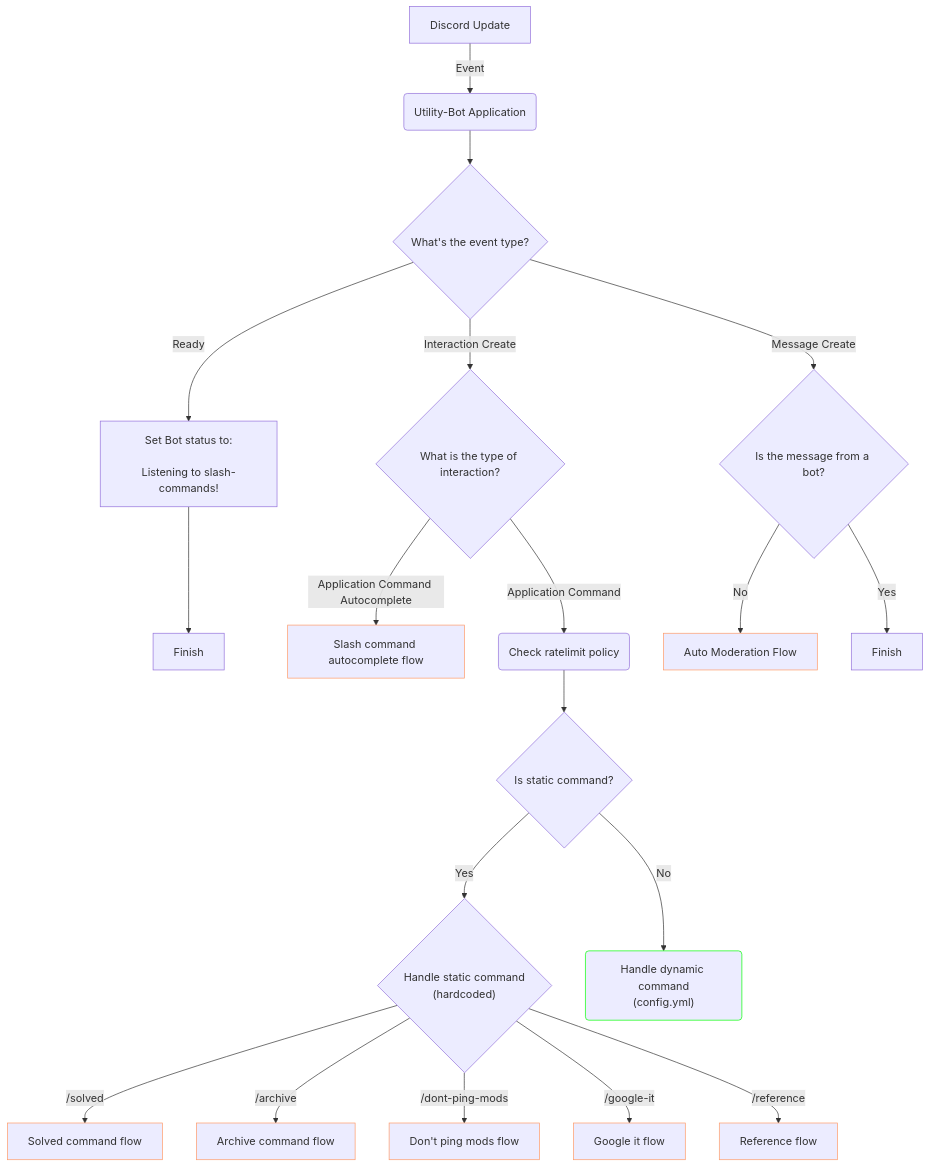
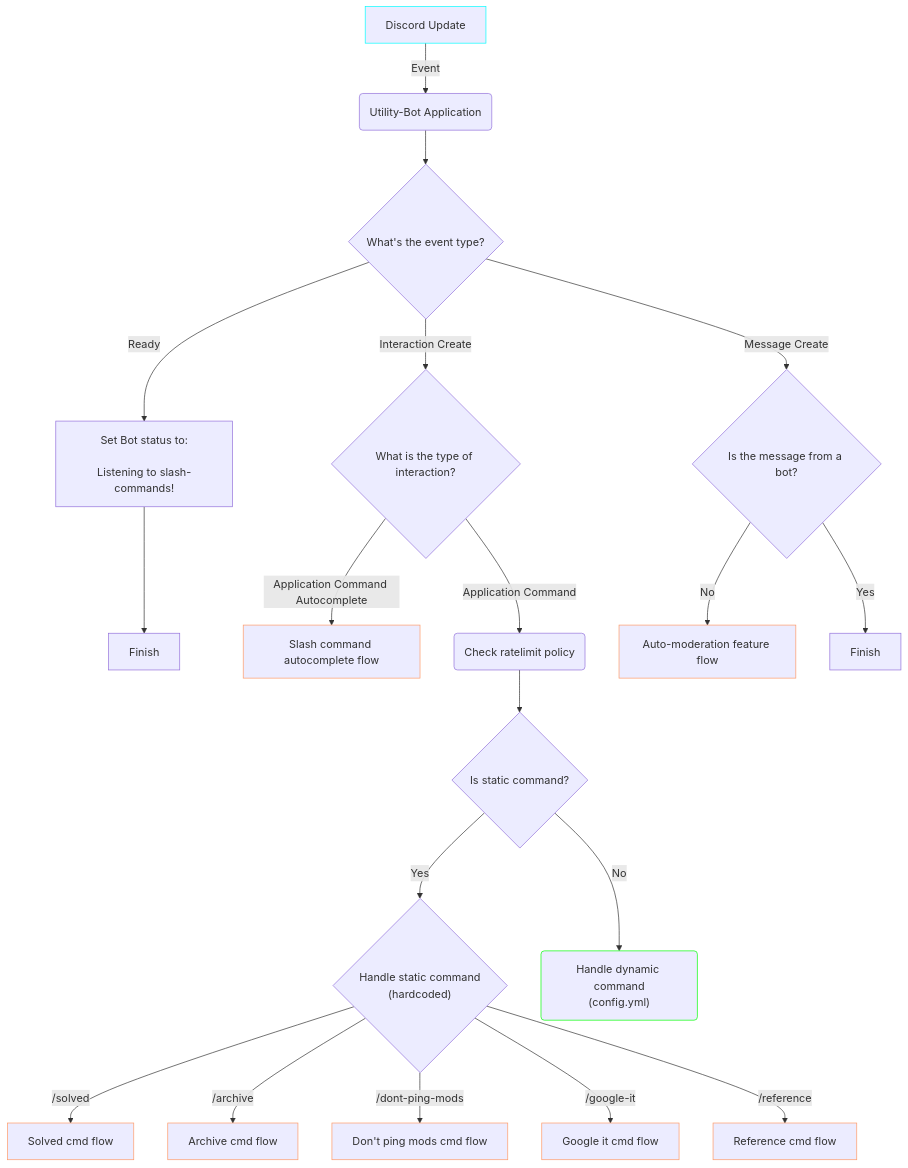
One commit to nestjs-discord/utility-bot changed the first of 4 diagrams in README.md. Above: the diagram before and after it, drawn with Mermaid. The commit also changed other lines of this file, not shown here.

Commit message:
docs(readme): improved the diagrams (#50)

````diff
--- a/README.md
+++ b/README.md
@@ -58,31 +63,27 @@
 ```mermaid
 flowchart TD
-    classDef orange stroke:#f96
-    classDef green stroke:#0f0
-    
-    discordUpdate["Discord Update"]
-    discordUpdate -->|"Event"| utilityBotApp("Utility-Bot Application")
+%% classes
+    classDef orange stroke: #f96
+    classDef green stroke: #0f0
+    classDef cyan stroke: #0ff
+%% start point
+    discordUpdate["Discord Update"]:::cyan
+    discordUpdate -->|" Event "| utilityBotApp("Utility-Bot Application")
     utilityBotApp --> eventType{"What's the event type?"}
-    eventType -->|Ready| setStatus["Set Bot status to:\n\nListening to slash-commands!"]
+    eventType -->|" Ready "| setStatus["Set Bot status to:\n\nListening to slash-commands!"]
     setStatus --> finish["Finish"]
-    
-    eventType -->|Interaction Create| eventInteractionCreate{"What is the type of interaction?"}
-    eventInteractionCreate -->|Application Command Autocomplete| applicationCommandAutoComplete["Slash command autocomplete flow"]:::orange
-    eventInteractionCreate -->|Application Command| checkRateLimit("Check ratelimit policy")
-    
+    eventType -->|" Interaction Create "| eventInteractionCreate{"What is the type of interaction?"}
+    eventInteractionCreate -->|" Application Command Autocomplete "| applicationCommandAutoComplete["Slash command autocomplete flow"]:::orange
+    eventInteractionCreate -->|" Application Command "| checkRateLimit("Check ratelimit policy")
     checkRateLimit --> isStaticCommand{"Is static command?"}
-    
-    isStaticCommand -->|"Yes"| handleStaticCommand{"Handle static command\n(hardcoded)"}
-    handleStaticCommand -->|"/solved"| solvedCommandFlow["Solved command flow"]:::orange
-    handleStaticCommand -->|"/archive"| archiveCommandFlow["Archive command flow"]:::orange
-    handleStaticCommand -->|"/dont-ping-mods"| dontPingModsFlow["Don't ping mods flow"]:::orange
-    handleStaticCommand -->|"/google-it"| googleItFlow["Google it flow"]:::orange
-    handleStaticCommand -->|"/reference"| referenceFlow["Reference flow"]:::orange
-
-    
-    isStaticCommand -->|"No"| handleDynamicCommand("Handle dynamic command\n(config.yml)"):::green
-
+    isStaticCommand -->|" Yes "| handleStaticCommand{"Handle static command\n(hardcoded)"}
+    handleStaticCommand -->|" /solved "| solvedCommandFlow["Solved cmd flow"]:::orange
+    handleStaticCommand -->|" /archive "| archiveCommandFlow["Archive cmd flow"]:::orange
+    handleStaticCommand -->|" /dont-ping-mods "| dontPingModsFlow["Don't ping mods cmd flow"]:::orange
+    handleStaticCommand -->|" /google-it "| googleItFlow["Google it cmd flow"]:::orange
+    handleStaticCommand -->|" /reference "| referenceFlow["Reference cmd flow"]:::orange
+    isStaticCommand -->|" No "| handleDynamicCommand("Handle dynamic command\n(config.yml)"):::green
     eventType -->|Message Create| isBotMessage{"Is the message from a bot?"}
-    isBotMessage -->|No| AutoModFlow["Auto Moderation Flow"]:::orange
-    isBotMessage -->|Yes| Finish["Finish"]
+    isBotMessage -->|" No "| AutoModFlow["Auto-moderation feature flow"]:::orange
+    isBotMessage -->|" Yes "| Finish["Finish"]
 ```
````
